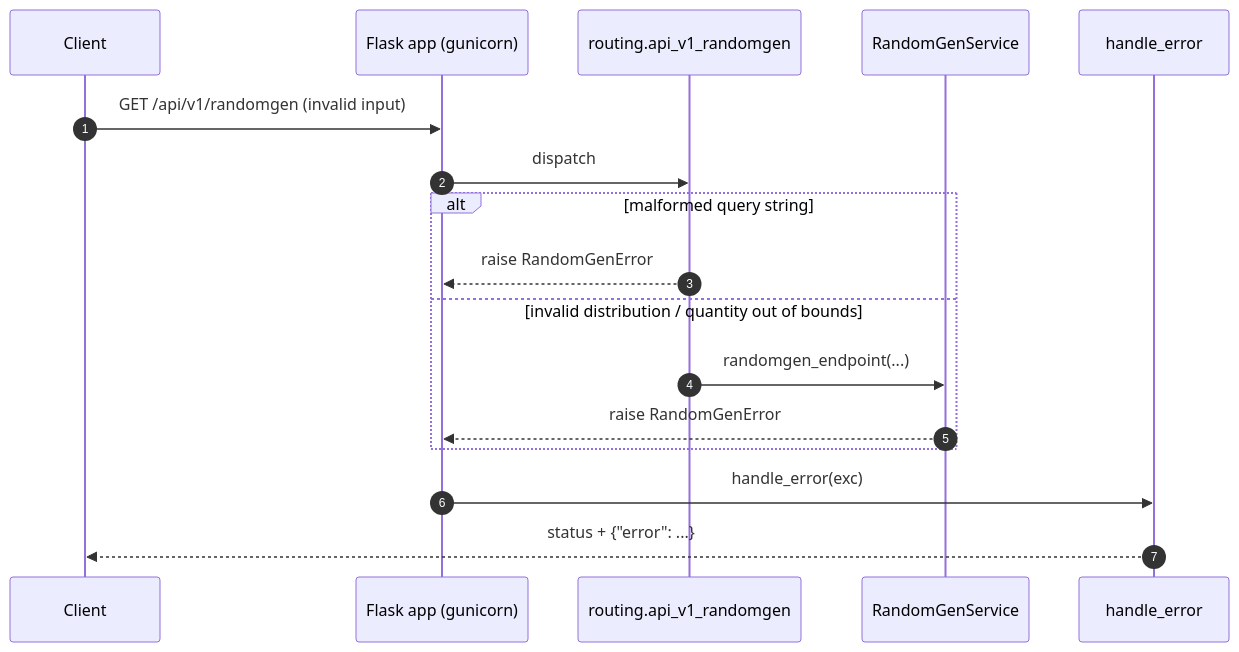
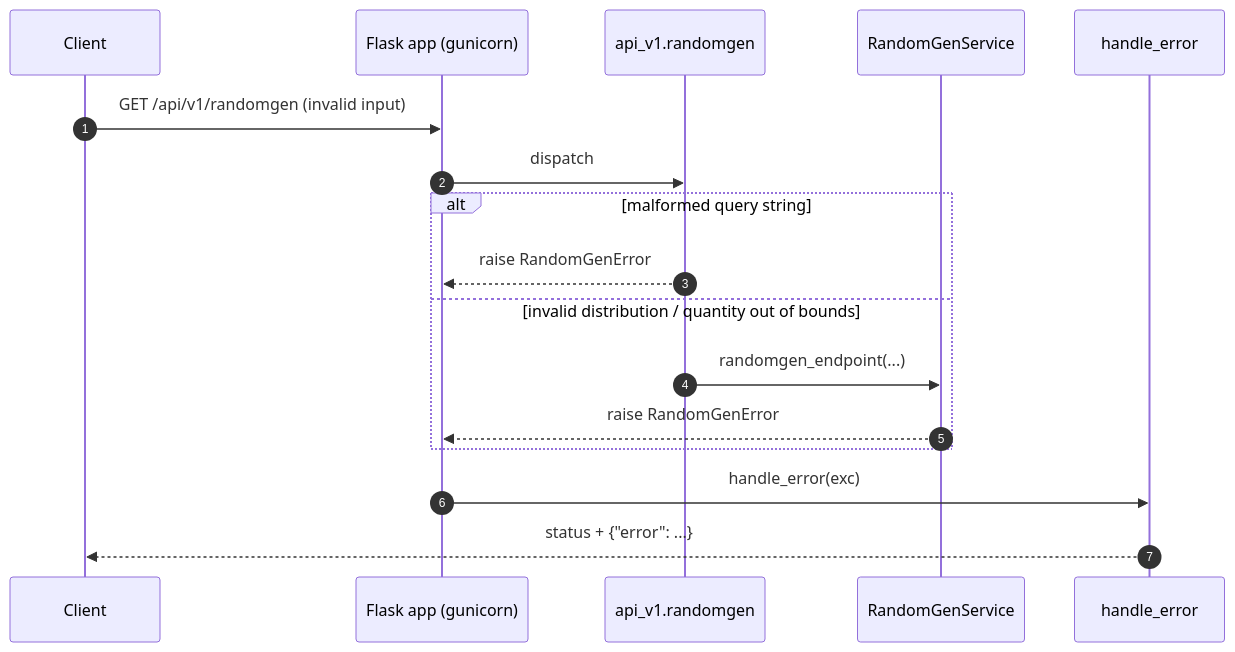
One commit to braboj/demo-randomgen changed the second of 3 diagrams in docs/arc42/06-runtime-view.md. Above: the diagram before and after it, drawn with Mermaid. The commit also changed other lines of this file and 20 other files, not shown here.

````diff
--- a/docs/arc42/06-runtime-view.md
+++ b/docs/arc42/06-runtime-view.md
@@ -57,20 +57,20 @@
 ```mermaid
 sequenceDiagram
     autonumber
     participant C as Client
     participant F as Flask app (gunicorn)
-    participant R as routing.api_v1_randomgen
+    participant R as api_v1.randomgen
     participant API as RandomGenService
     participant EH as handle_error
 
     C->>F: GET /api/v1/randomgen (invalid input)
     F->>R: dispatch
     alt malformed query string
         R-->>F: raise RandomGenError
     else invalid distribution / quantity out of bounds
         R->>API: randomgen_endpoint(...)
         API-->>F: raise RandomGenError
     end
     F->>EH: handle_error(exc)
     EH-->>C: status + {"error": ...}
 ```
````
